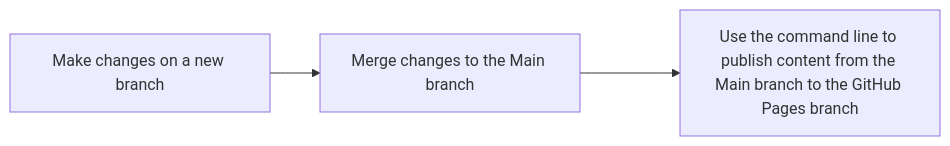
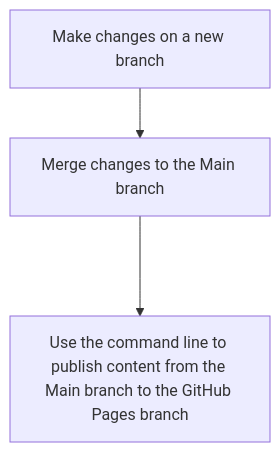
Before and after one commit to OpenGeoMetadata/opengeometadata.github.io: the diagram in README.md, drawn with Mermaid.

````diff
--- a/README.md
+++ b/README.md
@@ -60,5 +60,5 @@
 ```mermaid
-graph LR;
+flowchart TD
     A[Make changes on a new branch]-->B[Merge changes to the Main branch];
     B[Merge changes to the Main branch]--->C[Use the command line to publish content from the Main branch to the GitHub Pages branch]
 ```
````
